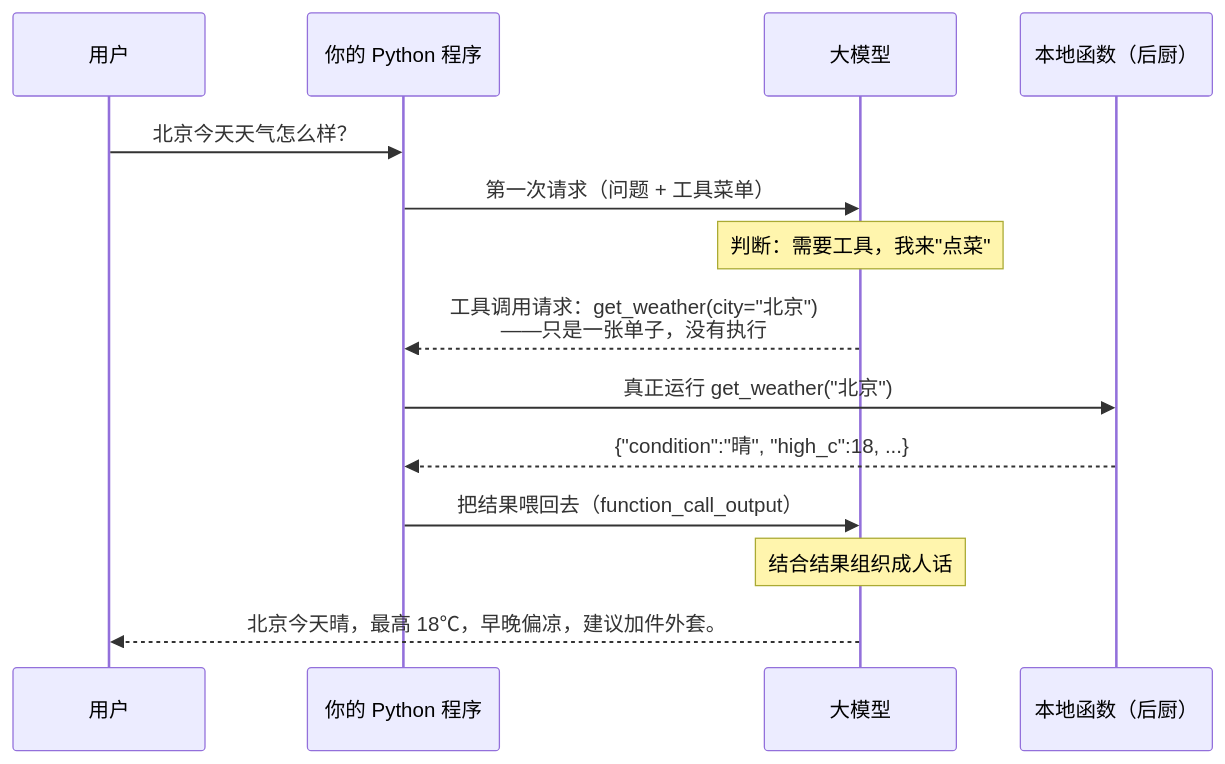
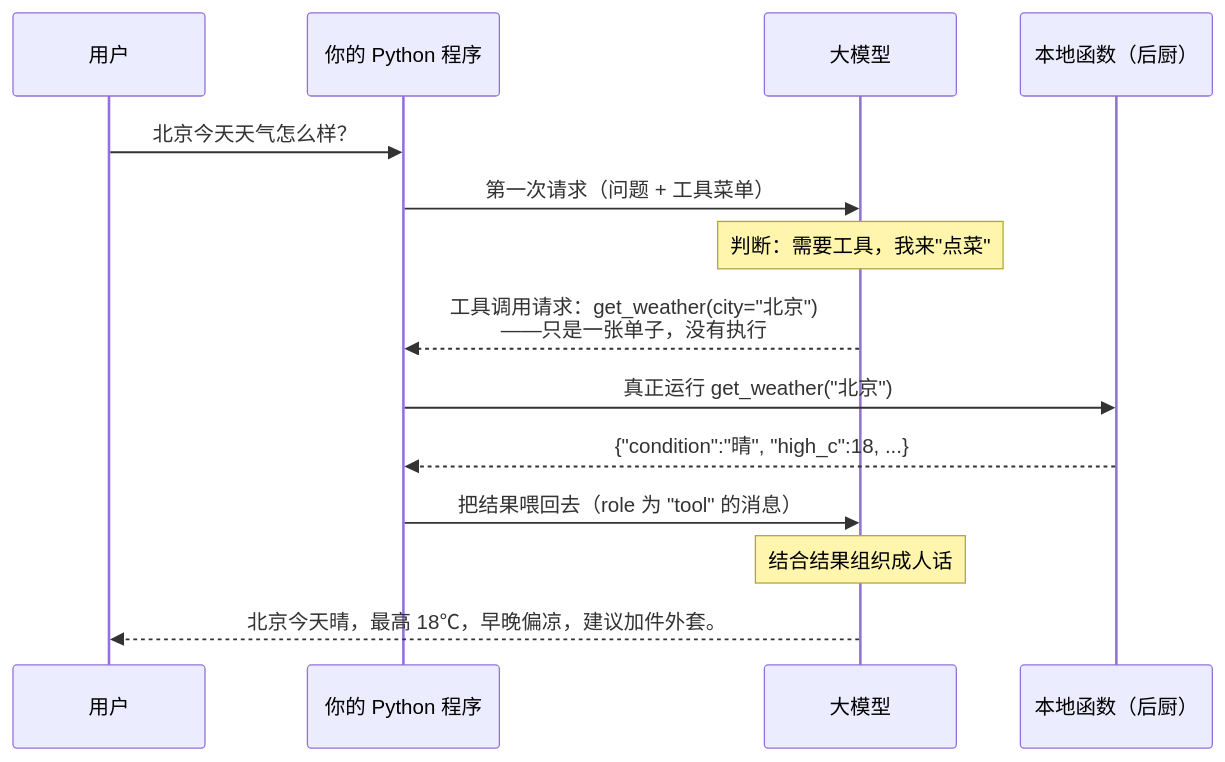
One commit to xxxAndlk/AI_Agent_Learning_path changed the diagram in 03.LLM工程基础/第03课_Function_Calling/第03课.md. Above: the diagram before and after it, drawn with Mermaid. The commit also changed other lines of this file and 39 other files, not shown here.

````diff
--- a/03.LLM工程基础/第03课_Function_Calling/第03课.md
+++ b/03.LLM工程基础/第03课_Function_Calling/第03课.md
@@ -67,17 +69,17 @@
 ```mermaid
 sequenceDiagram
     participant U as 用户
     participant P as 你的 Python 程序
     participant M as 大模型
     participant F as 本地函数（后厨）
 
     U->>P: 北京今天天气怎么样？
     P->>M: 第一次请求（问题 + 工具菜单）
     Note over M: 判断：需要工具，我来"点菜"
     M-->>P: 工具调用请求：get_weather(city="北京")<br/>——只是一张单子，没有执行
     P->>F: 真正运行 get_weather("北京")
     F-->>P: {"condition":"晴", "high_c":18, ...}
-    P->>M: 把结果喂回去（function_call_output）
+    P->>M: 把结果喂回去（role 为 "tool" 的消息）
     Note over M: 结合结果组织成人话
     M-->>U: 北京今天晴，最高 18℃，早晚偏凉，建议加件外套。
 ```
````
